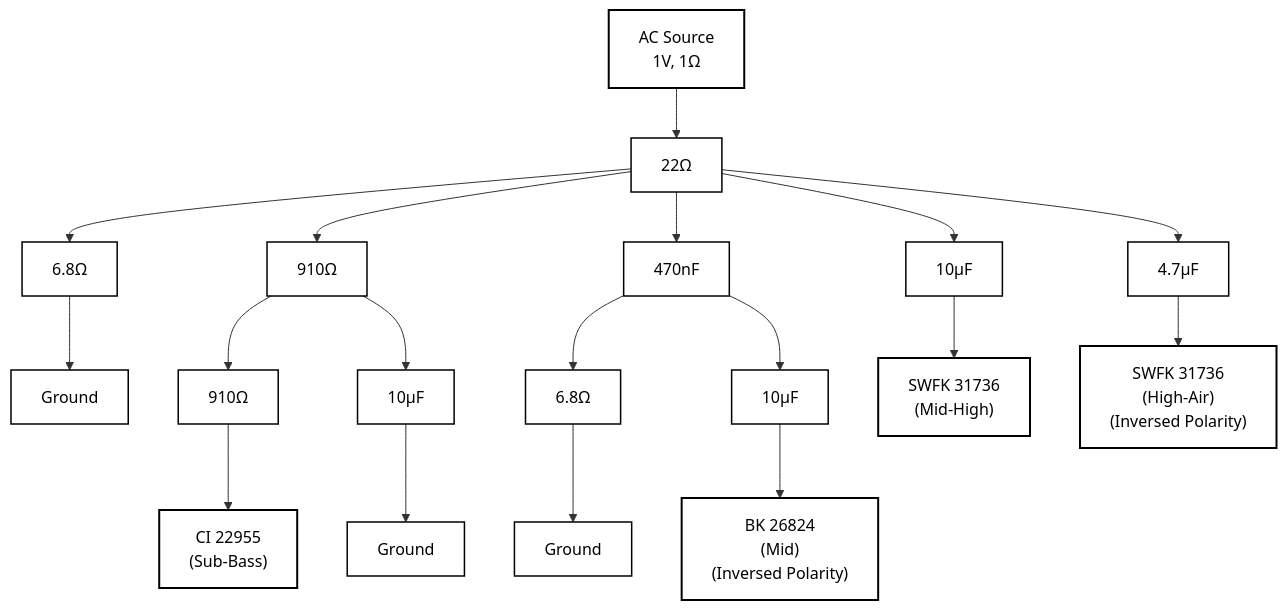
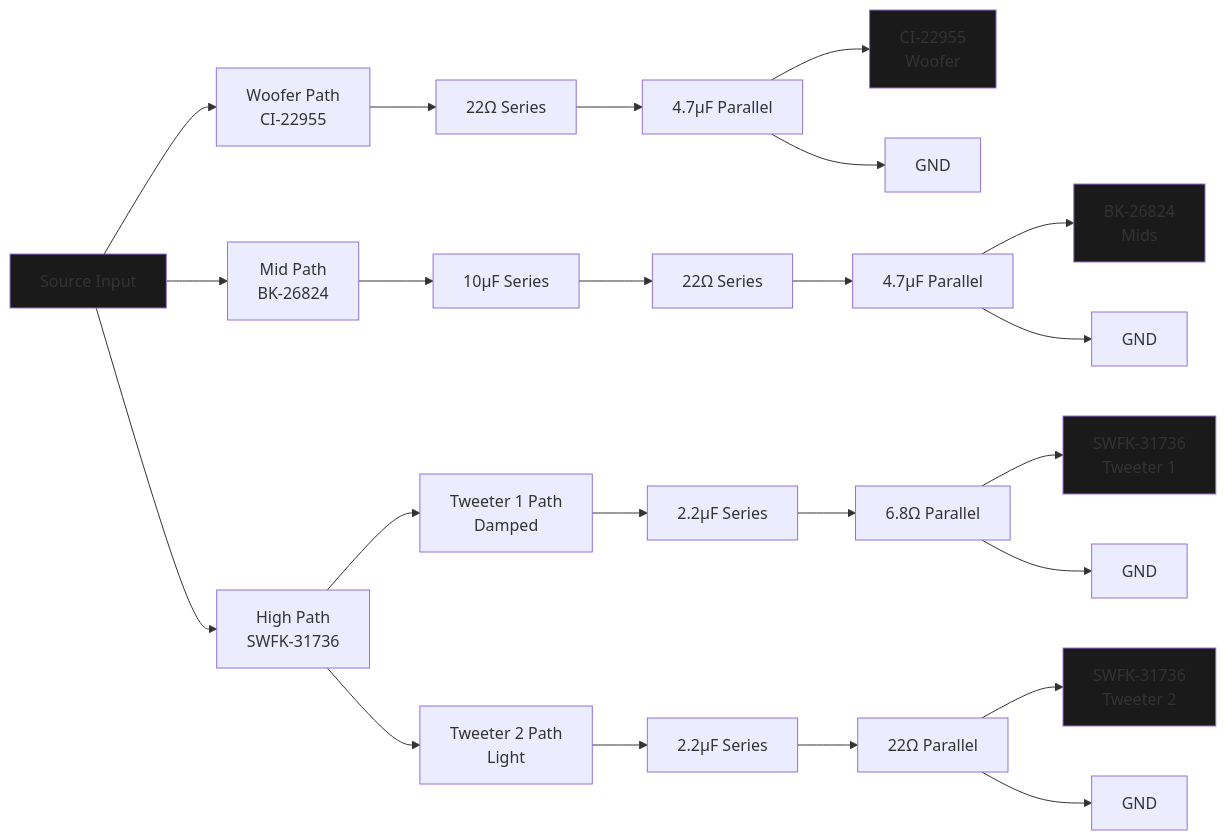
One commit to DriftingOtter/Project-Resonator changed the diagram in README.md. Above: the diagram before and after it, drawn with Mermaid. The commit also changed other lines of this file, not shown here.

Commit message:
Fix checkmarks and update crossover diagram
Corrected checkmarks in development timeline and updated crossover diagram for clarity.

````diff
--- a/README.md
+++ b/README.md
@@ -50,48 +47,36 @@
 ```mermaid
-graph TD
-    %% Input + L-pad
-    A["AC Source
-    1V, 1Ω"] --> Rseries["22Ω"]
-    Rseries --> Rshunt["6.8Ω"]
-    Rshunt --> GND1["Ground"]
-
-    %% CI 22955 Branch 
-    Rseries --> R3["910Ω"]
-    R3 --> R4["910Ω"]
-    R3 --> C3["10µF"]
-    C3 --> GND3["Ground"]
-    R4 --> D1["CI 22955 
-    (Sub-Bass)"]
-
-    %% BK 26824 Branch
-    Rseries --> C1["470nF"]
-    C1 --> Rbk_shunt["6.8Ω"]
-    Rbk_shunt --> GND2["Ground"]
-    C1 --> C2["10µF"]
-    C2 --> D2["BK 26824
-    (Mid) 
-    (Inversed Polarity)"]
-
-    %% SWFK 31736 Pair 
-    Rseries --> C4["10µF"]
-    C4 --> D3["SWFK 31736 
-    (Mid-High)"]
-    Rseries --> C5["4.7µF"]
-    C5 --> D4["SWFK 31736 
-    (High-Air) 
-    (Inversed Polarity)"]
-
-    classDef driver fill:#ffffff,stroke:#000000,stroke-width:2px,color:#000000
-    classDef resistor fill:#ffffff,stroke:#000000,stroke-width:1.5px,color:#000000
-    classDef capacitor fill:#ffffff,stroke:#000000,stroke-width:1.5px,color:#000000
-    classDef input fill:#ffffff,stroke:#000000,stroke-width:2px,color:#000000
-    classDef junction fill:#ffffff,stroke:#000000,stroke-width:2px,color:#000000
-    classDef ground fill:#ffffff,stroke:#000000,stroke-width:1.5px,color:#000000
-
-    class A input
-    class D1,D2,D3,D4 driver
-    class Rseries,Rshunt,Rbk_shunt,R3,R4 resistor
-    class C1,C2,C3,C4,C5 capacitor
-    class GND1,GND2,GND3 ground
-    class J1 junction
+graph LR
+    Input[Source Input] --> Woofer_Path[Woofer Path<br/>CI-22955]
+    Input --> Mid_Path[Mid Path<br/>BK-26824]
+    Input --> High_Path[High Path<br/>SWFK-31736]
+    
+    Woofer_Path --> R1[22Ω Series]
+    R1 --> C1[4.7µF Parallel]
+    C1 --> Woofer[CI-22955<br/>Woofer]
+    C1 --> GND1[GND]
+    
+    Mid_Path --> C2[10µF Series]
+    C2 --> R2[22Ω Series]
+    R2 --> C3[4.7µF Parallel]
+    C3 --> Mids[BK-26824<br/>Mids]
+    C3 --> GND2[GND]
+    
+    High_Path --> T1_Path[Tweeter 1 Path<br/>Damped]
+    High_Path --> T2_Path[Tweeter 2 Path<br/>Light]
+    
+    T1_Path --> C4[2.2µF Series]
+    C4 --> R3[6.8Ω Parallel]
+    R3 --> Tweeter1[SWFK-31736<br/>Tweeter 1]
+    R3 --> GND3[GND]
+    
+    T2_Path --> C5[2.2µF Series]
+    C5 --> R4[22Ω Parallel]
+    R4 --> Tweeter2[SWFK-31736<br/>Tweeter 2]
+    R4 --> GND4[GND]
+    
+    style Woofer fill:#1a1a1a
+    style Mids fill:#1a1a1a
+    style Tweeter1 fill:#1a1a1a
+    style Tweeter2 fill:#1a1a1a
+    style Input fill:#1a1a1a
 ```
````
